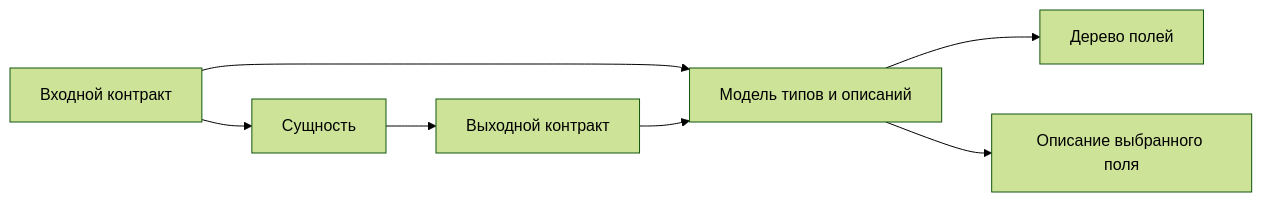
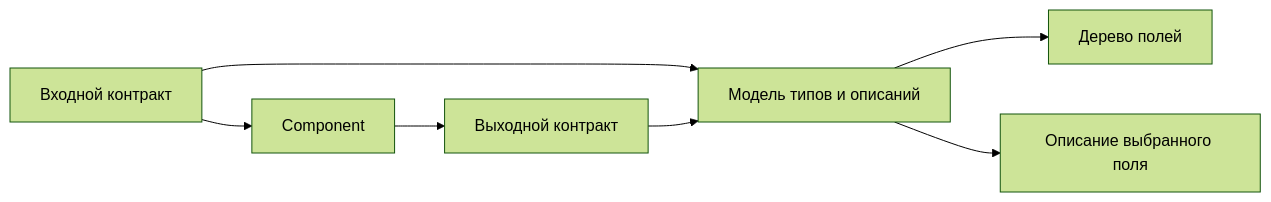
One commit to zavx0z/storybook changed the diagram in archetypes/specs/contracts/notes/draft-contracts.md. Above: the diagram before and after it, drawn with Mermaid (forest theme). The commit also changed other lines of this file and 37 other files, not shown here.

````diff
--- a/archetypes/specs/contracts/notes/draft-contracts.md
+++ b/archetypes/specs/contracts/notes/draft-contracts.md
@@ -8,9 +8,9 @@
 ```mermaid
 flowchart LR
-  input["Входной контракт"] --> fn["Сущность"]
+  input["Входной контракт"] --> fn["Component"]
   fn --> output["Выходной контракт"]
   input --> model["Модель типов и описаний"]
   output --> model
   model --> inspector["Дерево полей"]
   model --> display["Описание выбранного поля"]
 ```
````
